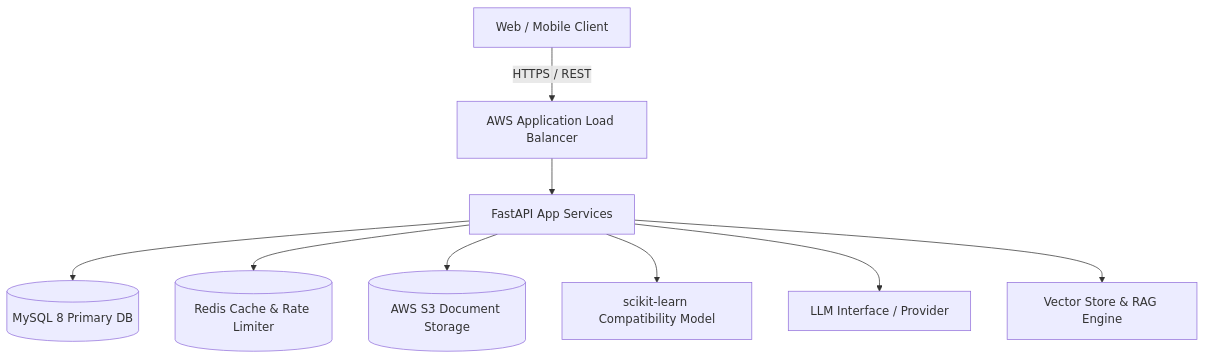
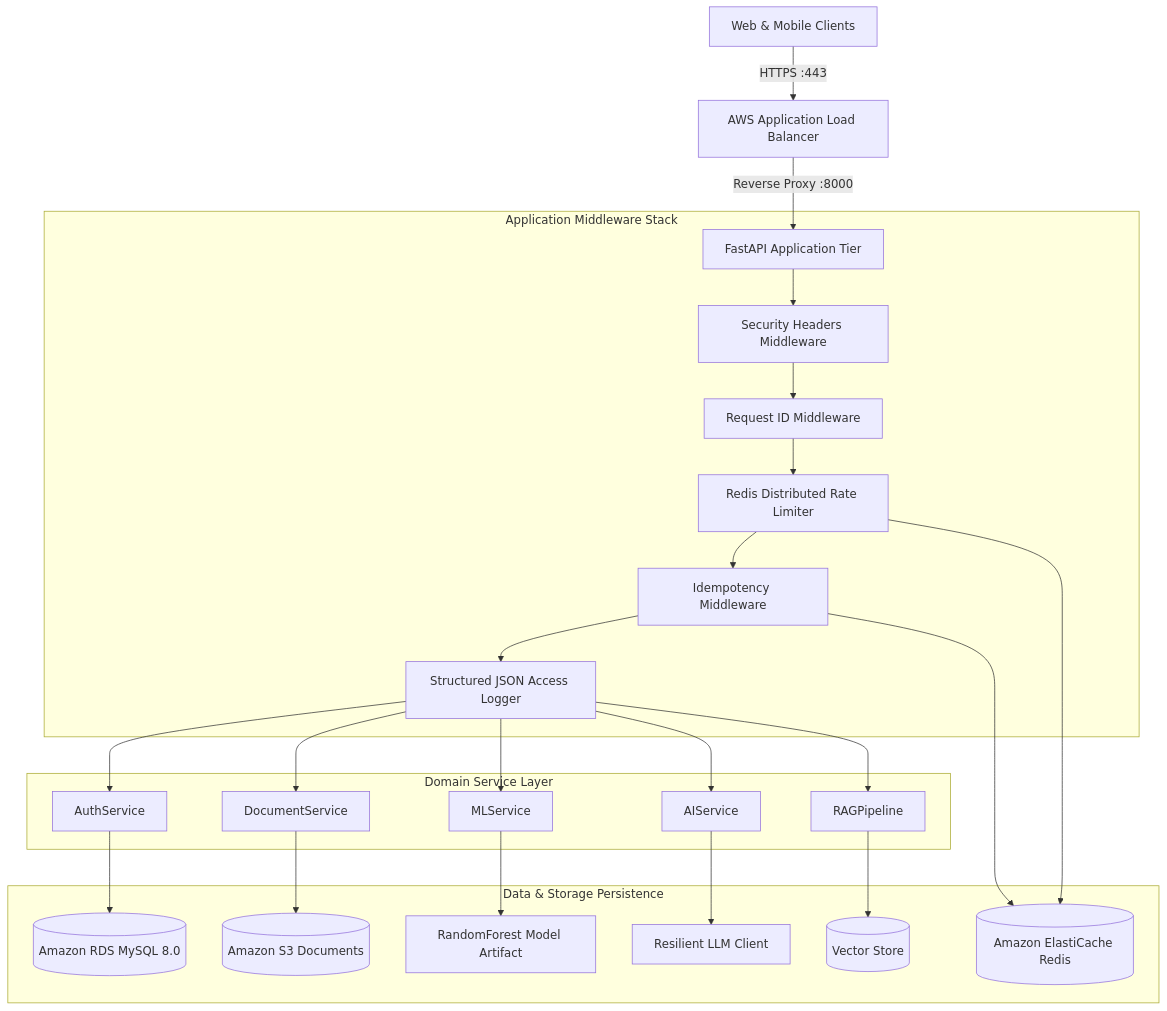
Before and after one commit to Raghu9855/CareerAi: the diagram in README.md, drawn with Mermaid. The commit also changed other lines of this file and 17 other files, not shown here.

Commit message:
feat(hardening): add redis cache, idempotency middleware, background worker, metrics, load tests, and full documentation suite (Phase 11)

````diff
--- a/README.md
+++ b/README.md
@@ -9,11 +17,31 @@
 ```mermaid
 graph TD
-    Client[Web / Mobile Client] -->|HTTPS / REST| ALB[AWS Application Load Balancer]
-    ALB --> FastAPI[FastAPI App Services]
-    FastAPI --> MySQL[(MySQL 8 Primary DB)]
-    FastAPI --> Redis[(Redis Cache & Rate Limiter)]
-    FastAPI --> S3[(AWS S3 Document Storage)]
-    FastAPI --> ML[scikit-learn Compatibility Model]
-    FastAPI --> LLM[LLM Interface / Provider]
-    FastAPI --> RAG[Vector Store & RAG Engine]
+    Client[Web & Mobile Clients] -->|HTTPS :443| ALB[AWS Application Load Balancer]
+    ALB -->|Reverse Proxy :8000| FastAPI[FastAPI Application Tier]
+
+    subgraph "Application Middleware Stack"
+        FastAPI --> SecHead[Security Headers Middleware]
+        SecHead --> ReqID[Request ID Middleware]
+        ReqID --> RateLim[Redis Distributed Rate Limiter]
+        RateLim --> Idemp[Idempotency Middleware]
+        Idemp --> AccessLog[Structured JSON Access Logger]
+    end
+
+    subgraph "Domain Service Layer"
+        AccessLog --> AuthSvc[AuthService]
+        AccessLog --> DocSvc[DocumentService]
+        AccessLog --> MLSvc[MLService]
+        AccessLog --> AISvc[AIService]
+        AccessLog --> RAGSvc[RAGPipeline]
+    end
+
+    subgraph "Data & Storage Persistence"
+        AuthSvc --> MySQL[(Amazon RDS MySQL 8.0)]
+        DocSvc --> S3[(Amazon S3 Documents)]
+        MLSvc --> MLModel[RandomForest Model Artifact]
+        AISvc --> LLM[Resilient LLM Client]
+        RAGSvc --> VecStore[(Vector Store)]
+        RateLim --> Redis[(Amazon ElastiCache Redis)]
+        Idemp --> Redis
+    end
 ```
````
